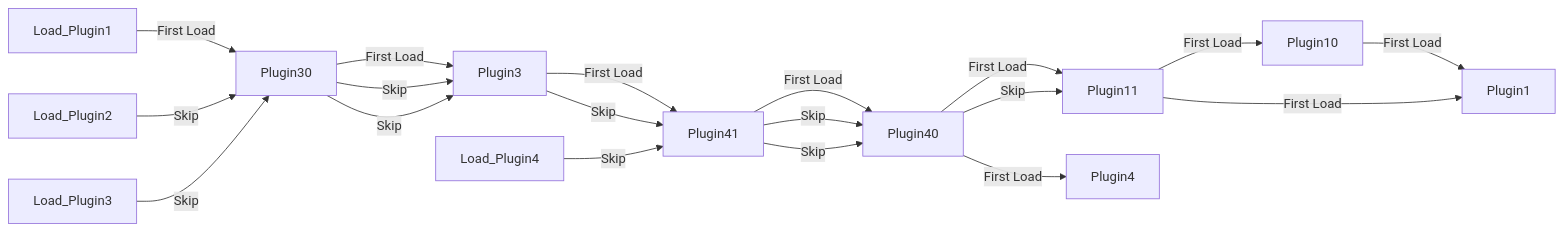
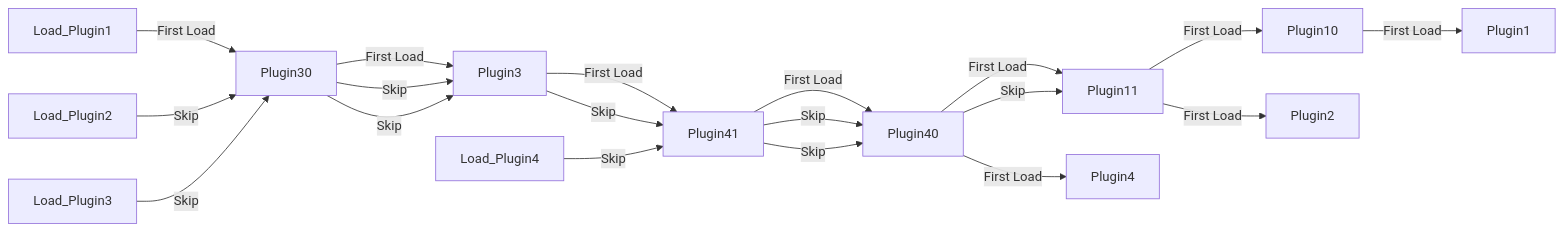
One commit to nerdfoundry/nfg-util changed the eighth of 12 diagrams in README.md. Above: the diagram before and after it, drawn with Mermaid. The commit also changed other lines of this file and 10 other files, not shown here.

````diff
--- a/README.md
+++ b/README.md
@@ -144,7 +144,7 @@
 ```mermaid
 flowchart LR
 Load_Plugin1 --First Load--> Plugin30 --First Load--> Plugin3 --First Load--> Plugin41 --First Load--> Plugin40 --First Load--> Plugin11 --First Load--> Plugin10 --First Load--> Plugin1
-Load_Plugin2 --Skip--> Plugin30 --Skip--> Plugin3 --Skip--> Plugin41 --Skip--> Plugin40 --Skip--> Plugin11 --First Load--> Plugin1
+Load_Plugin2 --Skip--> Plugin30 --Skip--> Plugin3 --Skip--> Plugin41 --Skip--> Plugin40 --Skip--> Plugin11 --First Load--> Plugin2
 Load_Plugin3 --Skip--> Plugin30 --Skip--> Plugin3
 Load_Plugin4 --Skip--> Plugin41 --Skip--> Plugin40 --First Load--> Plugin4
 ```
````
